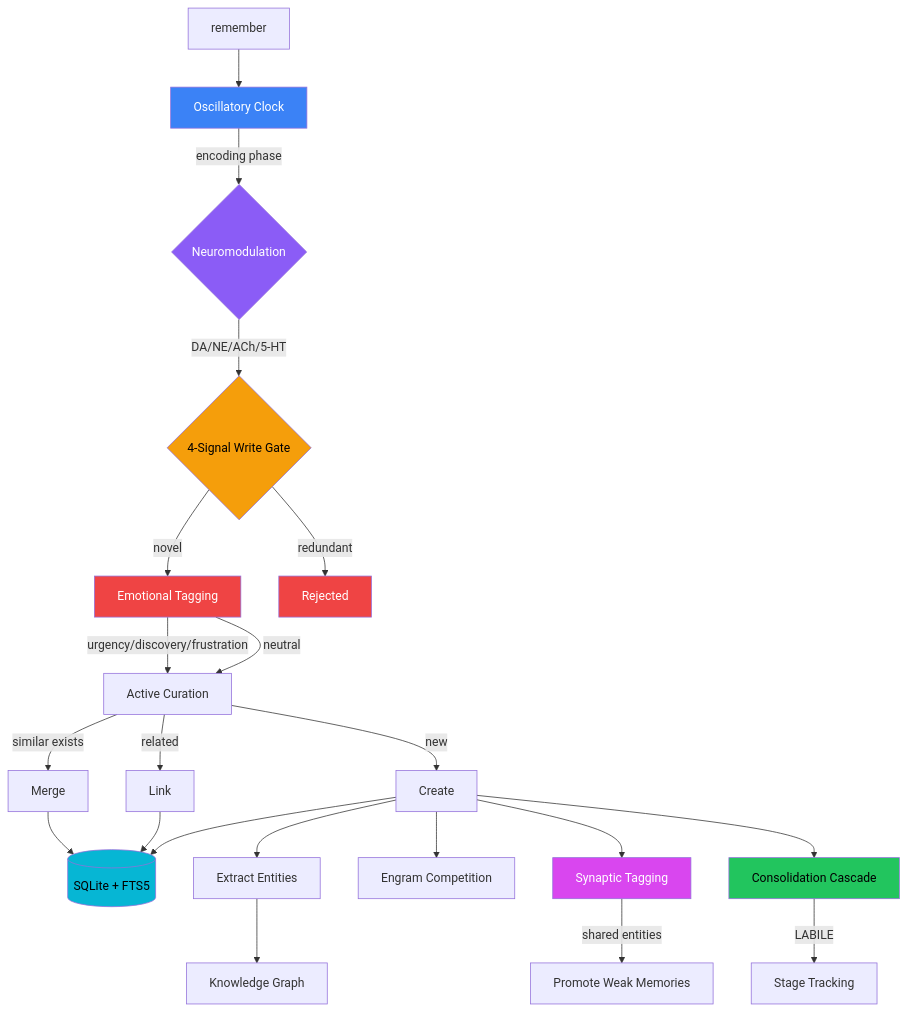
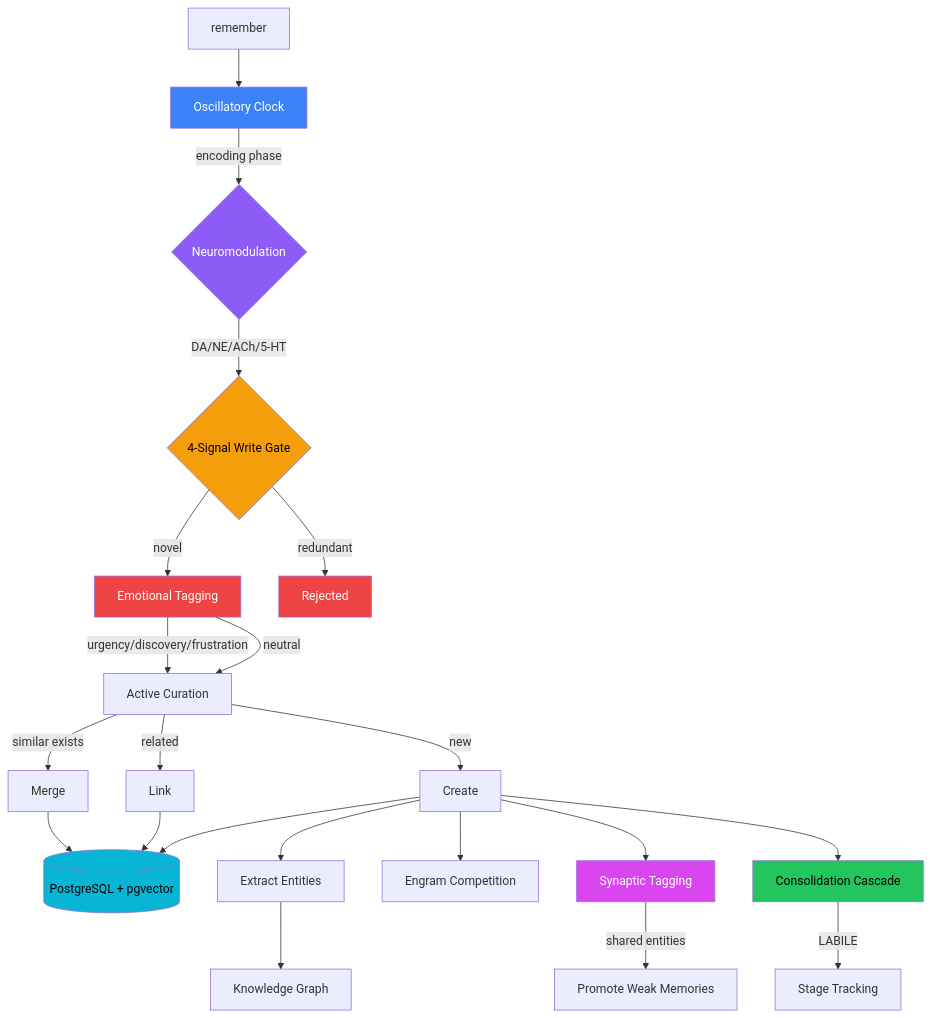
One commit to cdeust/Cortex changed the first of 5 diagrams in README.md. Above: the diagram before and after it, drawn with Mermaid. The commit also changed other lines of this file, not shown here.

First line of the commit message:
docs: update README with PostgreSQL backend, test-time learning, new benchmarks

````diff
--- a/README.md
+++ b/README.md
@@ -311,32 +241,32 @@
 ```mermaid
 flowchart TD
     A[remember] --> OC[Oscillatory Clock]
     OC -->|encoding phase| NM{Neuromodulation}
     NM -->|DA/NE/ACh/5-HT| B{4-Signal Write Gate}
     B -->|novel| ET[Emotional Tagging]
     B -->|redundant| X[Rejected]
     ET -->|urgency/discovery/frustration| C[Active Curation]
     ET -->|neutral| C
     C -->|similar exists| D[Merge]
     C -->|related| E[Link]
     C -->|new| F[Create]
-    D --> G[(SQLite + FTS5)]
+    D --> G[(PostgreSQL + pgvector)]
     E --> G
     F --> G
     F --> H[Extract Entities]
     H --> I[Knowledge Graph]
     F --> J[Engram Competition]
     F --> ST[Synaptic Tagging]
     ST -->|shared entities| K[Promote Weak Memories]
     F --> CS[Consolidation Cascade]
     CS -->|LABILE| L[Stage Tracking]
 
     style OC fill:#3b82f6,color:#fff
     style NM fill:#8b5cf6,color:#fff
     style B fill:#f59e0b,color:#000
     style ET fill:#ef4444,color:#fff
     style G fill:#06b6d4,color:#000
     style X fill:#ef4444,color:#fff
     style ST fill:#d946ef,color:#fff
     style CS fill:#22c55e,color:#000
 ```
````
